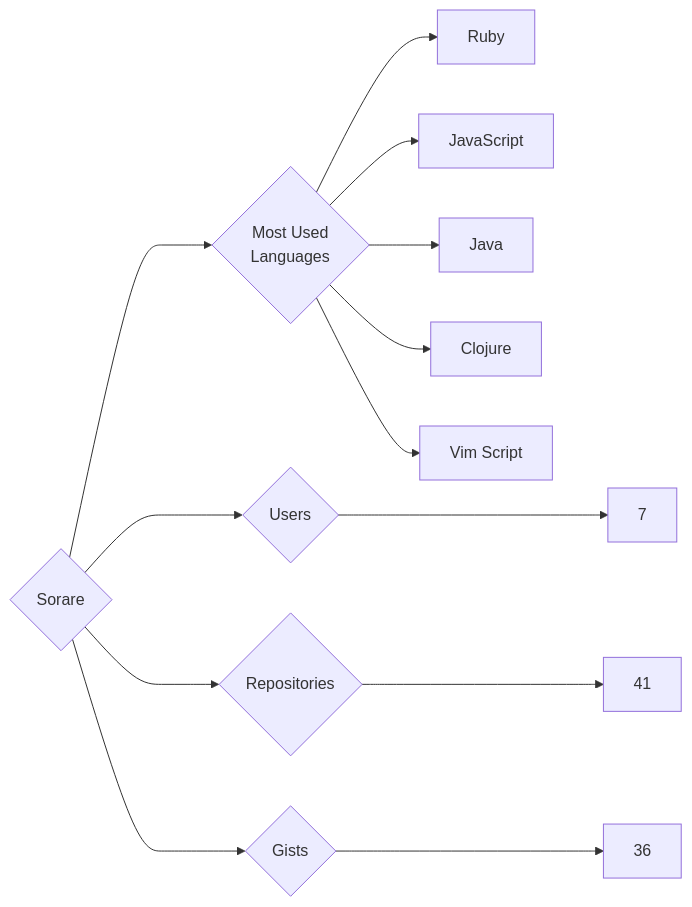
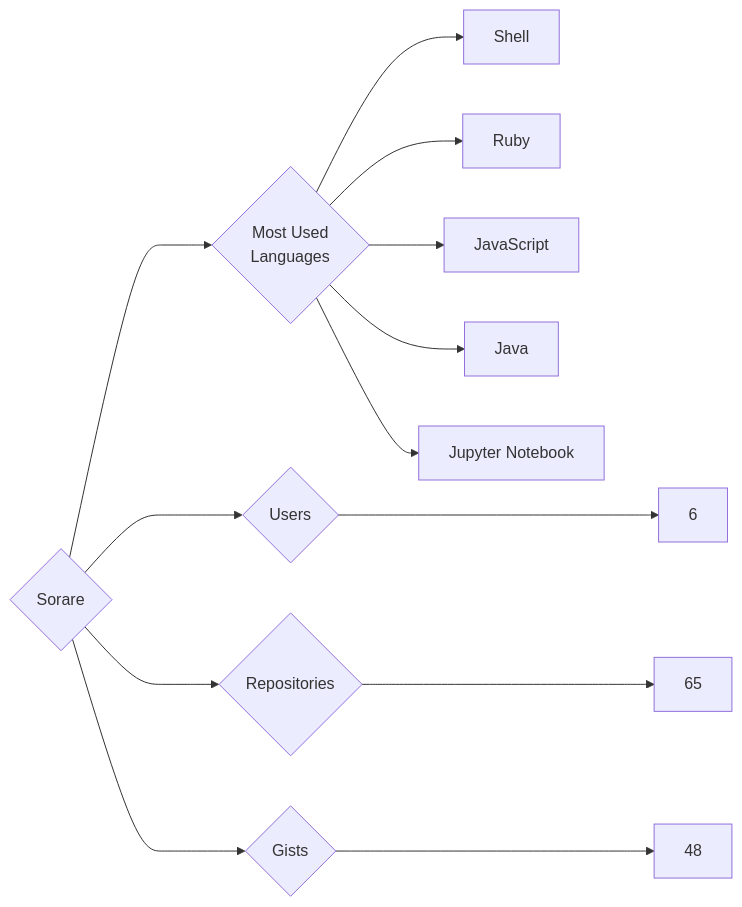
One commit to trickest/insiders changed the diagram in targets/Sorare/README.md. Above: the diagram before and after it, drawn with Mermaid. The commit also changed 1479 other files, not shown here.

````diff
--- a/targets/Sorare/README.md
+++ b/targets/Sorare/README.md
@@ -3,13 +3,13 @@
 ```mermaid
 graph LR
 COMPANY_NAME{Sorare}
-COMPANY_NAME ---> U{Users} ---> UN[7]
-COMPANY_NAME ---> R{Repositories} ---> RN[41]
-COMPANY_NAME ---> G{Gists} ---> GN[36]
+COMPANY_NAME ---> U{Users} ---> UN[6]
+COMPANY_NAME ---> R{Repositories} ---> RN[65]
+COMPANY_NAME ---> G{Gists} ---> GN[48]
 COMPANY_NAME ---> ML{Most Used<br>Languages}
+ML --> Shell[Shell]
 ML --> Ruby[Ruby]
 ML --> JavaScript[JavaScript]
 ML --> Java[Java]
-ML --> Clojure[Clojure]
-ML --> Vim_Script[Vim Script]
+ML --> Jupyter_Notebook[Jupyter Notebook]
 ```
````
